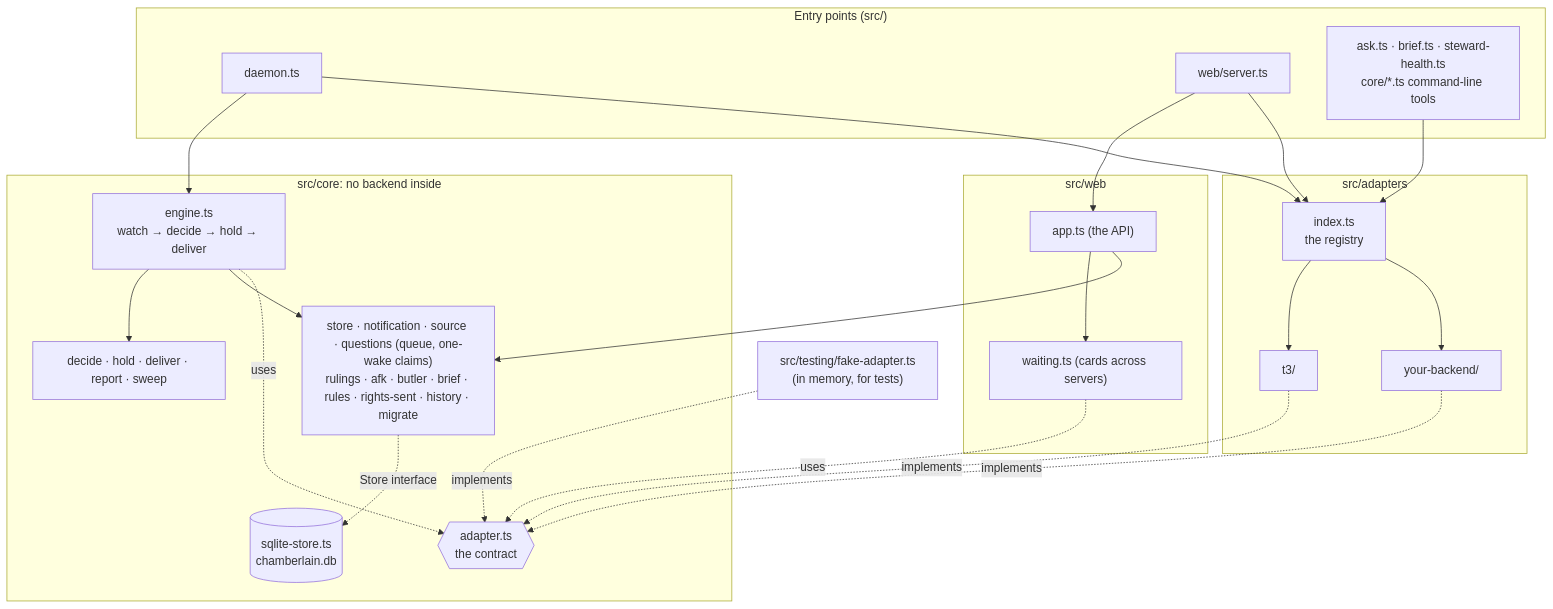
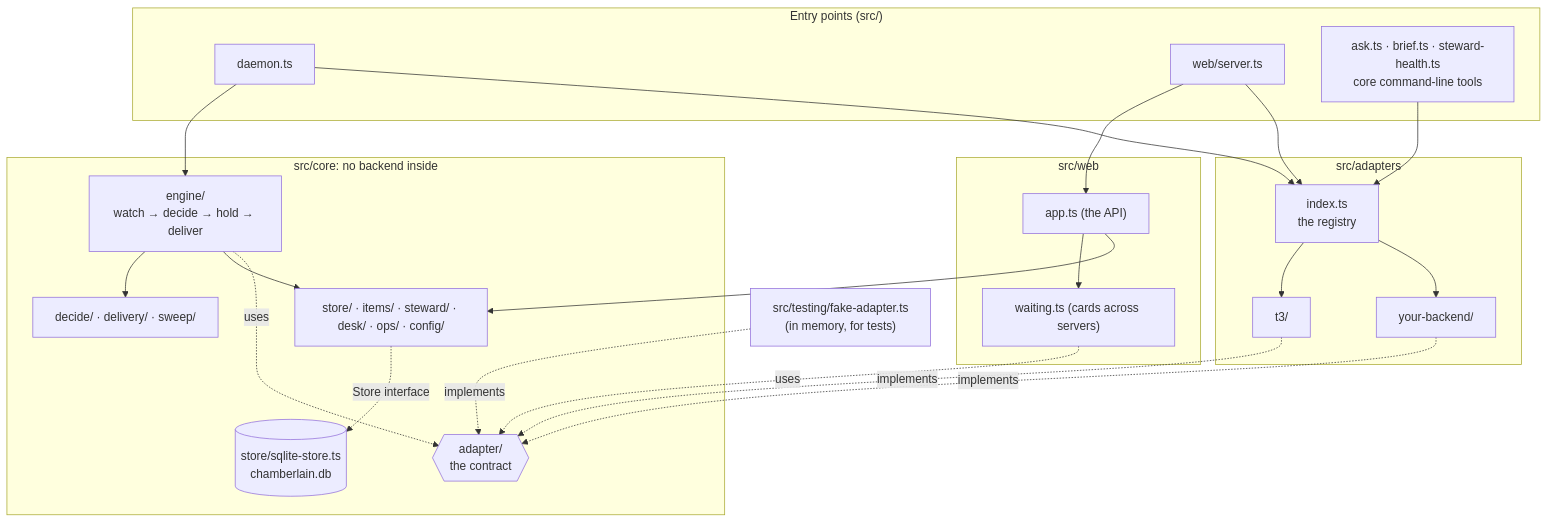
Before and after one commit to nbost130/chamberlain: the first of 4 diagrams in docs/ARCHITECTURE.md, drawn with Mermaid. The commit also changed other lines of this file and 752 other files, not shown here.

````diff
--- a/docs/ARCHITECTURE.md
+++ b/docs/ARCHITECTURE.md
@@ -12,43 +12,43 @@
 ```mermaid
 flowchart TB
   subgraph entry["Entry points (src/)"]
     D["daemon.ts"]
     W["web/server.ts"]
-    T["ask.ts · brief.ts · steward-health.ts<br/>core/*.ts command-line tools"]
+    T["ask.ts · brief.ts · steward-health.ts<br/>core command-line tools"]
   end
   subgraph core["src/core: no backend inside"]
-    E["engine.ts<br/>watch → decide → hold → deliver"]
-    R["decide · hold · deliver · report · sweep"]
-    S["store · notification · source · questions (queue, one-wake claims)<br/>rulings · afk · butler · brief · rules · rights-sent · history · migrate"]
-    C{{"adapter.ts<br/>the contract"}}
-    DB[("sqlite-store.ts<br/>chamberlain.db")]
+    E["engine/<br/>watch → decide → hold → deliver"]
+    R["decide/ · delivery/ · sweep/"]
+    S["store/ · items/ · steward/ · desk/ · ops/ · config/"]
+    C{{"adapter/<br/>the contract"}}
+    DB[("store/sqlite-store.ts<br/>chamberlain.db")]
   end
   subgraph page["src/web"]
     A["app.ts (the API)"]
     M["waiting.ts (cards across servers)"]
   end
   subgraph adapters["src/adapters"]
     X["index.ts<br/>the registry"]
     T3["t3/"]
     F["your-backend/"]
   end
   K["src/testing/fake-adapter.ts<br/>(in memory, for tests)"]
 
   D --> E
   W --> A
   W --> X
   D --> X
   T --> X
   E --> R
   E --> S
   S -. "Store interface" .-> DB
   E -. "uses" .-> C
   A --> M
   A --> S
   M -. "uses" .-> C
   X --> T3
   X --> F
   T3 -. "implements" .-> C
   F -. "implements" .-> C
   K -. "implements" .-> C
 ```
````
